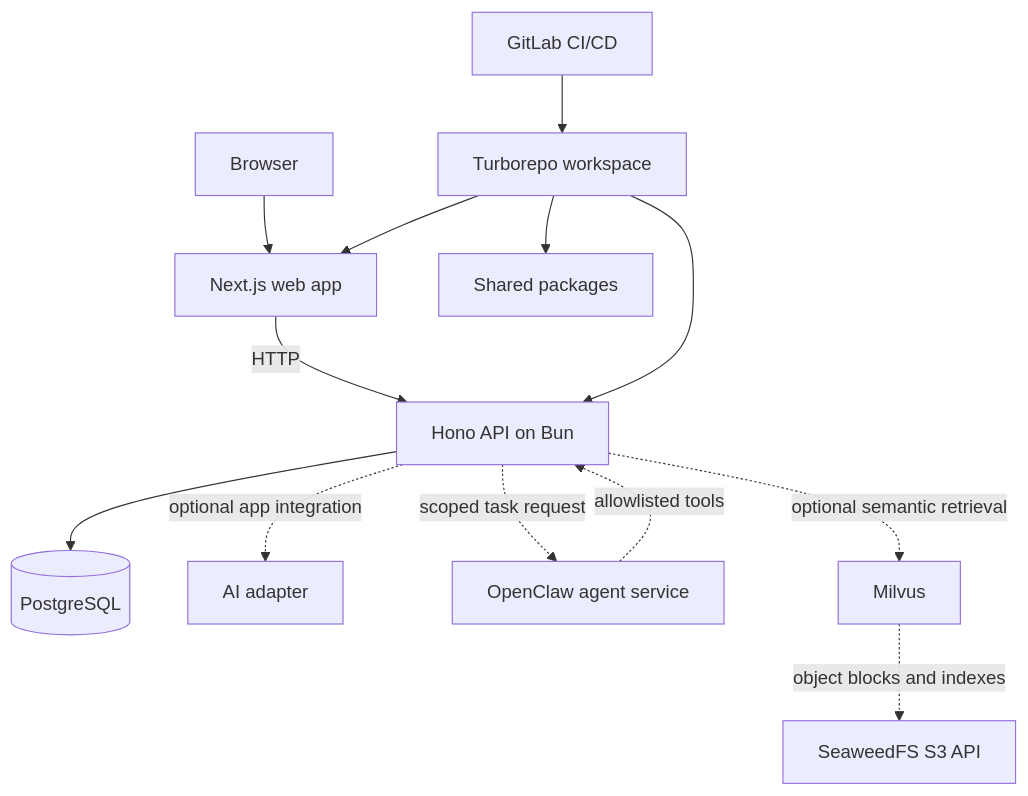
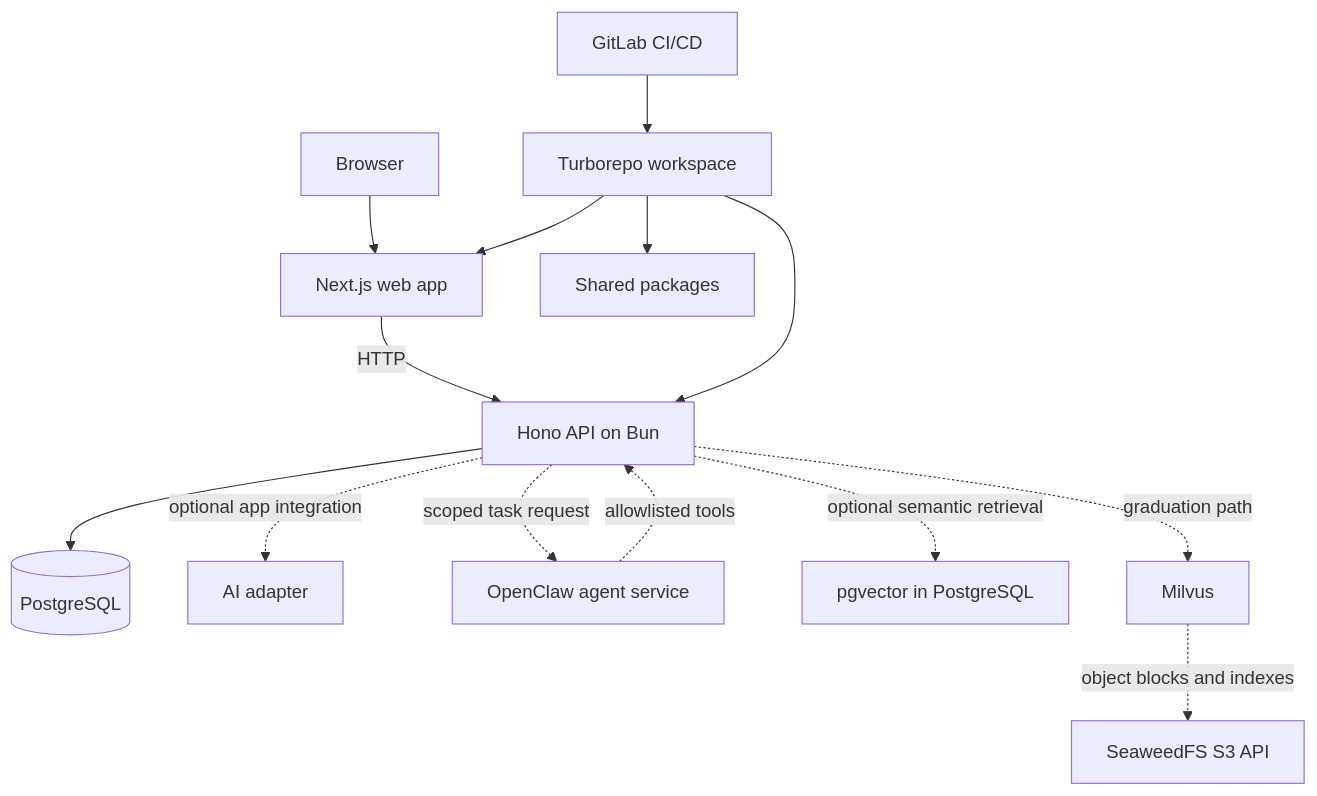
Before and after one commit to Curiosity-Corp/phantoms: the diagram in docs/architecture.md, drawn with Mermaid. The commit also changed other lines of this file and 24 other files, not shown here.

First line of the commit message:
feat: add pgvector retrieval path and Milvus 3 + SeaweedFS Compose profiles

````diff
--- a/docs/architecture.md
+++ b/docs/architecture.md
@@ -5,15 +5,16 @@
 ```mermaid
 flowchart TD
   Browser --> Web[Next.js web app]
   Web -->|HTTP| API[Hono API on Bun]
   API --> DB[(PostgreSQL)]
   API -. optional app integration .-> AI[AI adapter]
   API -. scoped task request .-> Agent[OpenClaw agent service]
   Agent -. allowlisted tools .-> API
-  API -. optional semantic retrieval .-> Vector[Milvus]
+  API -. optional semantic retrieval .-> PGV[pgvector in PostgreSQL]
+  API -. graduation path .-> Vector[Milvus]
   Vector -. object blocks and indexes .-> Object[SeaweedFS S3 API]
   Repo[Turborepo workspace] --> Web
   Repo --> API
   Repo --> Shared[Shared packages]
   CI[GitLab CI/CD] --> Repo
 ```
````
